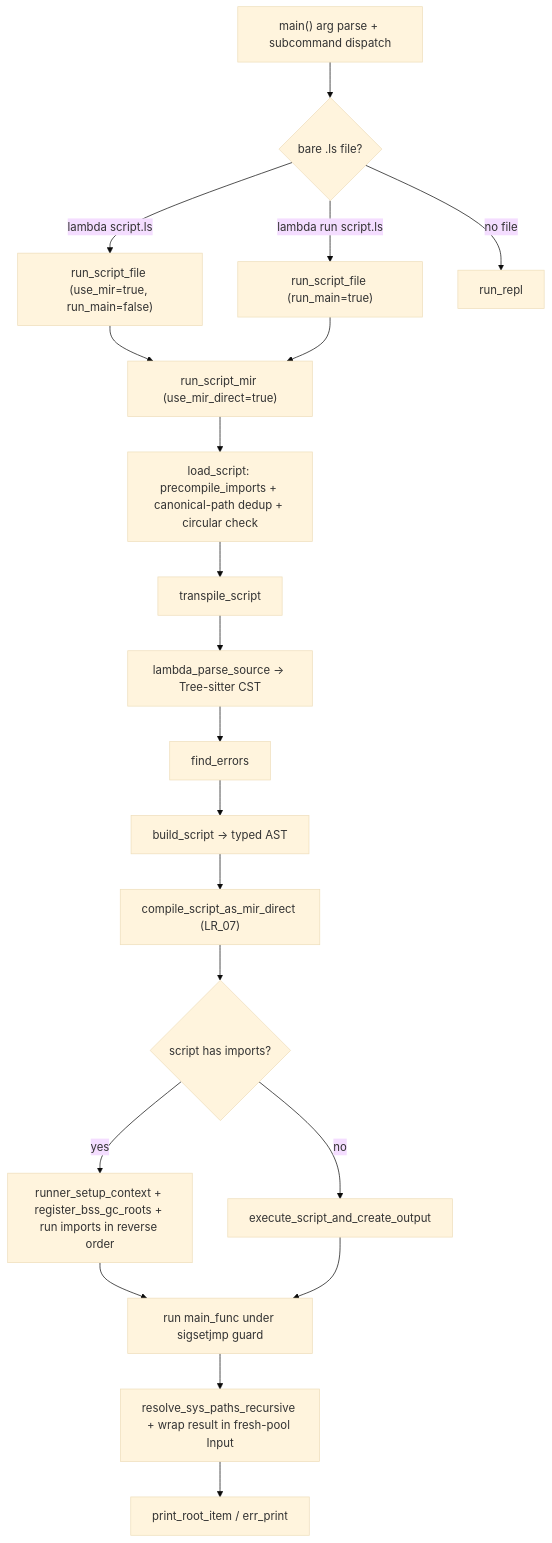
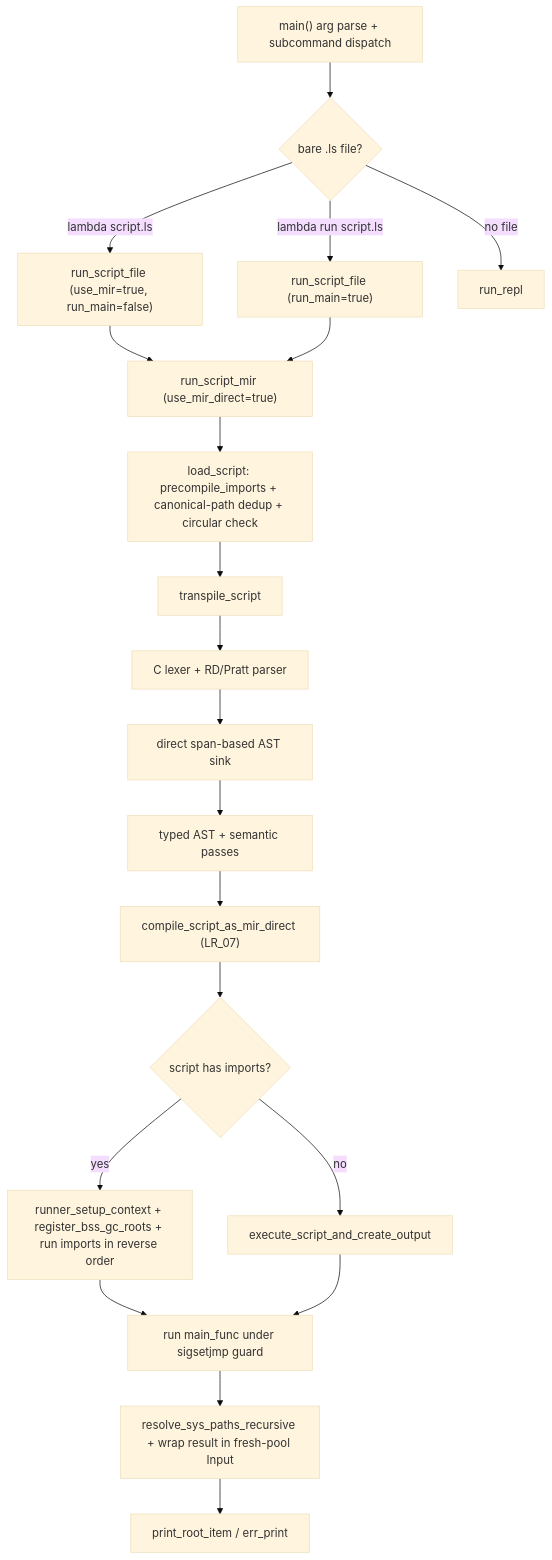
The diagram in doc/dev/lambda/diagram/d01_pipeline.mmd (henry-luo/lambda), drawn with Mermaid (base theme) before and after one commit. The commit also changed 41 other files, not shown here.

Commit message:
clean up lambda CST

```diff
--- a/doc/dev/lambda/diagram/d01_pipeline.mmd
+++ b/doc/dev/lambda/diagram/d01_pipeline.mmd
@@ -1,20 +1,20 @@
 flowchart TD
     A["main() arg parse + subcommand dispatch"] --> B{"bare .ls file?"}
     B -->|"lambda script.ls"| C["run_script_file (use_mir=true, run_main=false)"]
     B -->|"lambda run script.ls"| D["run_script_file (run_main=true)"]
     B -->|"no file"| E["run_repl"]
     C --> F["run_script_mir (use_mir_direct=true)"]
     D --> F
     F --> G["load_script: precompile_imports + canonical-path dedup + circular check"]
     G --> H["transpile_script"]
-    H --> H1["lambda_parse_source -> Tree-sitter CST"]
-    H1 --> H2["find_errors"]
-    H2 --> H3["build_script -> typed AST"]
+    H --> H1["C lexer + RD/Pratt parser"]
+    H1 --> H2["direct span-based AST sink"]
+    H2 --> H3["typed AST + semantic passes"]
     H3 --> H4["compile_script_as_mir_direct (LR_07)"]
     H4 --> I{"script has imports?"}
     I -->|"yes"| J["runner_setup_context + register_bss_gc_roots + run imports in reverse order"]
     I -->|"no"| K["execute_script_and_create_output"]
     J --> L["run main_func under sigsetjmp guard"]
     K --> L
     L --> M["resolve_sys_paths_recursive + wrap result in fresh-pool Input"]
     M --> N["print_root_item / err_print"]
```
